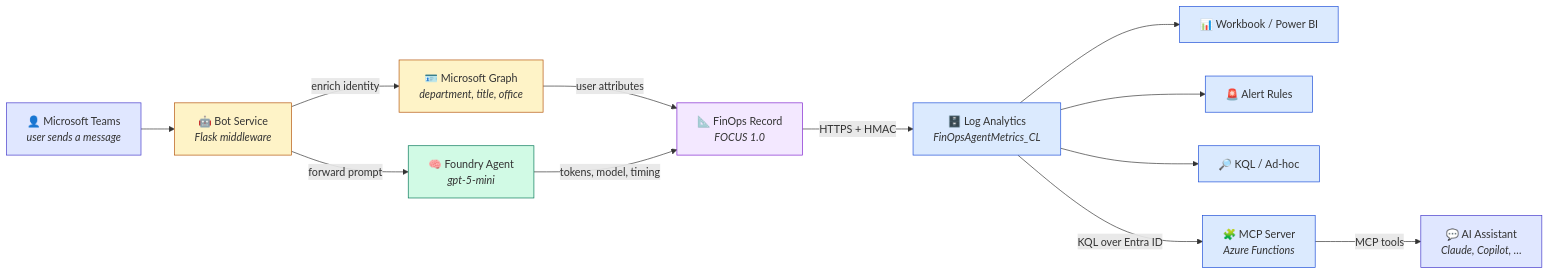
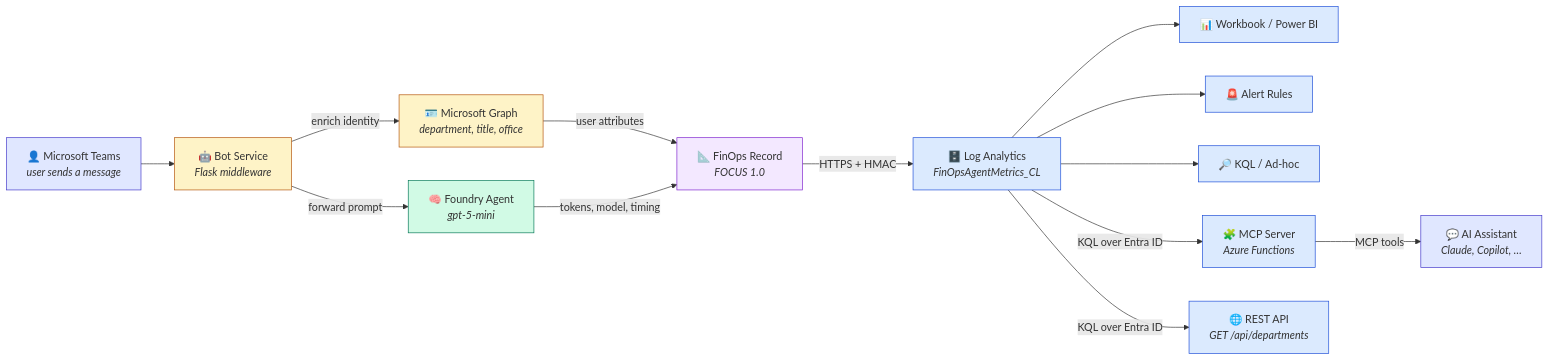
One commit to christopher-wilke-ms/finops-for-agents changed the diagram in README.md. Above: the diagram before and after it, drawn with Mermaid. The commit also changed other lines of this file and 3 other files, not shown here.

````diff
--- a/README.md
+++ b/README.md
@@ -77,38 +79,41 @@
 ```mermaid
 graph LR
     A["👤 Microsoft Teams<br/><i>user sends a message</i>"]
     B["🤖 Bot Service<br/><i>Flask middleware</i>"]
     C["🪪 Microsoft Graph<br/><i>department, title, office</i>"]
     D["🧠 Foundry Agent<br/><i>gpt-5-mini</i>"]
     E["📐 FinOps Record<br/><i>FOCUS 1.0</i>"]
     F["🗄️ Log Analytics<br/><i>FinOpsAgentMetrics_CL</i>"]
     G["📊 Workbook / Power BI"]
     H["🚨 Alert Rules"]
     I["🔎 KQL / Ad-hoc"]
     J["🧩 MCP Server<br/><i>Azure Functions</i>"]
     K["💬 AI Assistant<br/><i>Claude, Copilot, …</i>"]
+    L["🌐 REST API<br/><i>GET /api/departments</i>"]
 
     A --> B
     B -->|enrich identity| C
     B -->|forward prompt| D
     C -->|user attributes| E
     D -->|tokens, model, timing| E
     E -->|HTTPS + HMAC| F
     F --> G
     F --> H
     F --> I
     F -->|KQL over Entra ID| J
+    F -->|KQL over Entra ID| L
     J -->|MCP tools| K
 
     style A fill:#e0e7ff,stroke:#4338ca
     style B fill:#fef3c7,stroke:#b45309
     style C fill:#fef3c7,stroke:#b45309
     style D fill:#d1fae5,stroke:#047857
     style E fill:#f3e8ff,stroke:#7e22ce
     style F fill:#dbeafe,stroke:#1d4ed8
     style G fill:#dbeafe,stroke:#1d4ed8
     style H fill:#dbeafe,stroke:#1d4ed8
     style I fill:#dbeafe,stroke:#1d4ed8
     style J fill:#dbeafe,stroke:#1d4ed8
     style K fill:#e0e7ff,stroke:#4338ca
+    style L fill:#dbeafe,stroke:#1d4ed8
 ```
````
